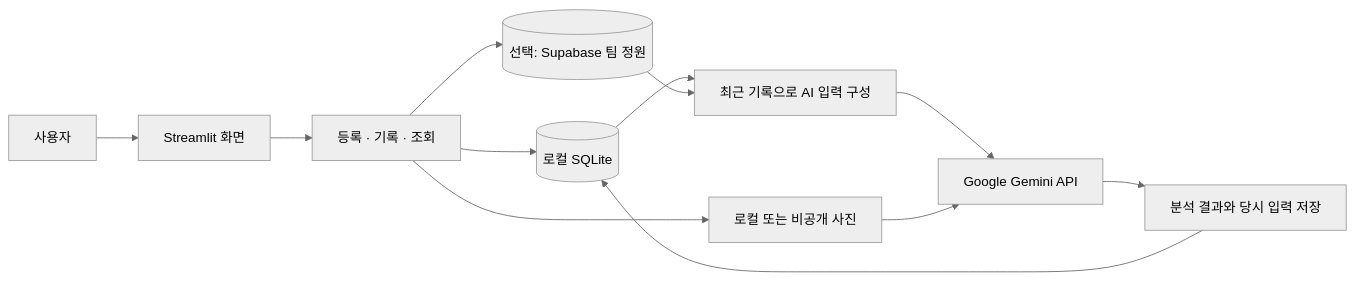
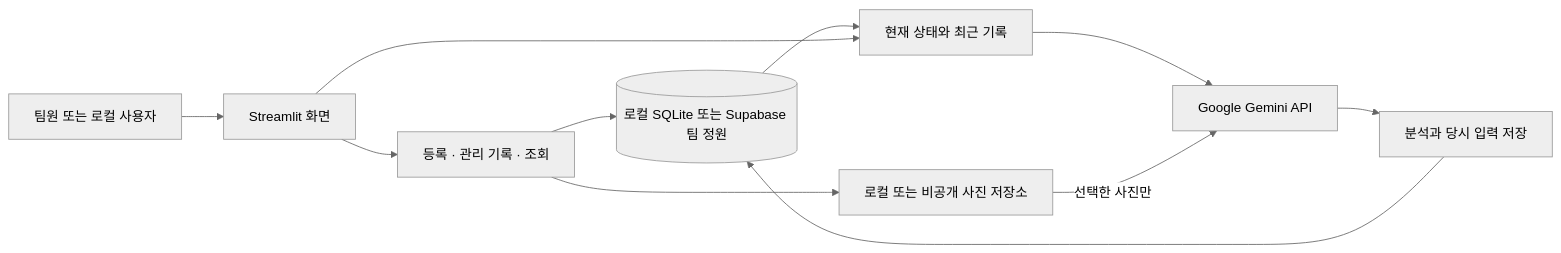
Before and after one commit to Mhoyoung/plant-care-ai: the diagram in README.md, drawn with Mermaid (neutral theme). The commit also changed other lines of this file and 9 other files, not shown here.

````diff
--- a/README.md
+++ b/README.md
@@ -91,14 +101,13 @@
 ```mermaid
 flowchart LR
-    USER[사용자] --> UI[Streamlit 화면]
-    UI --> STORE[등록 · 기록 · 조회]
-    STORE --> DB[(로컬 SQLite)]
-    STORE --> CLOUD[(선택: Supabase 팀 정원)]
-    STORE --> PHOTO[로컬 또는 비공개 사진]
-    DB --> CONTEXT[최근 기록으로 AI 입력 구성]
-    CLOUD --> CONTEXT
+    USER[팀원 또는 로컬 사용자] --> UI[Streamlit 화면]
+    UI --> STORE[등록 · 관리 기록 · 조회]
+    STORE --> DB[(로컬 SQLite 또는 Supabase 팀 정원)]
+    STORE --> PHOTO[로컬 또는 비공개 사진 저장소]
+    DB --> CONTEXT[현재 상태와 최근 기록]
+    UI --> CONTEXT
     CONTEXT --> AI[Google Gemini API]
-    PHOTO --> AI
-    AI --> RESULT[분석 결과와 당시 입력 저장]
+    PHOTO -->|선택한 사진만| AI
+    AI --> RESULT[분석과 당시 입력 저장]
     RESULT --> DB
 ```
````
